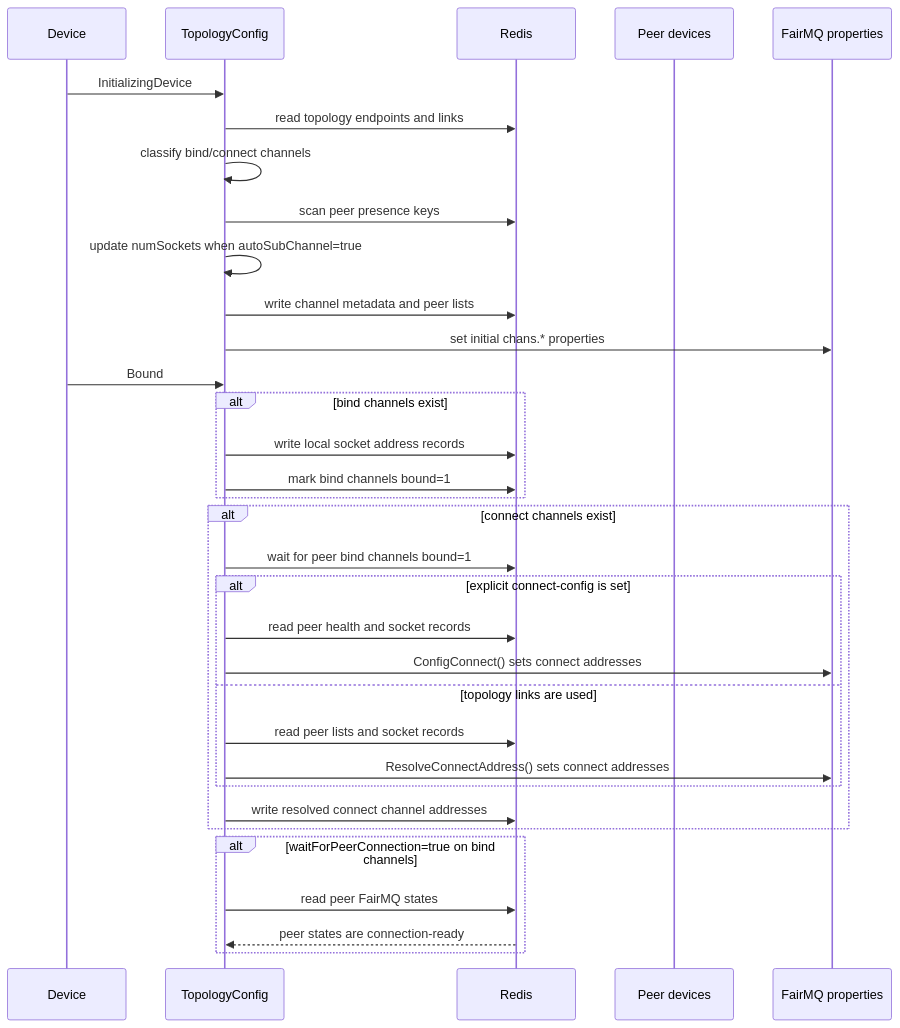
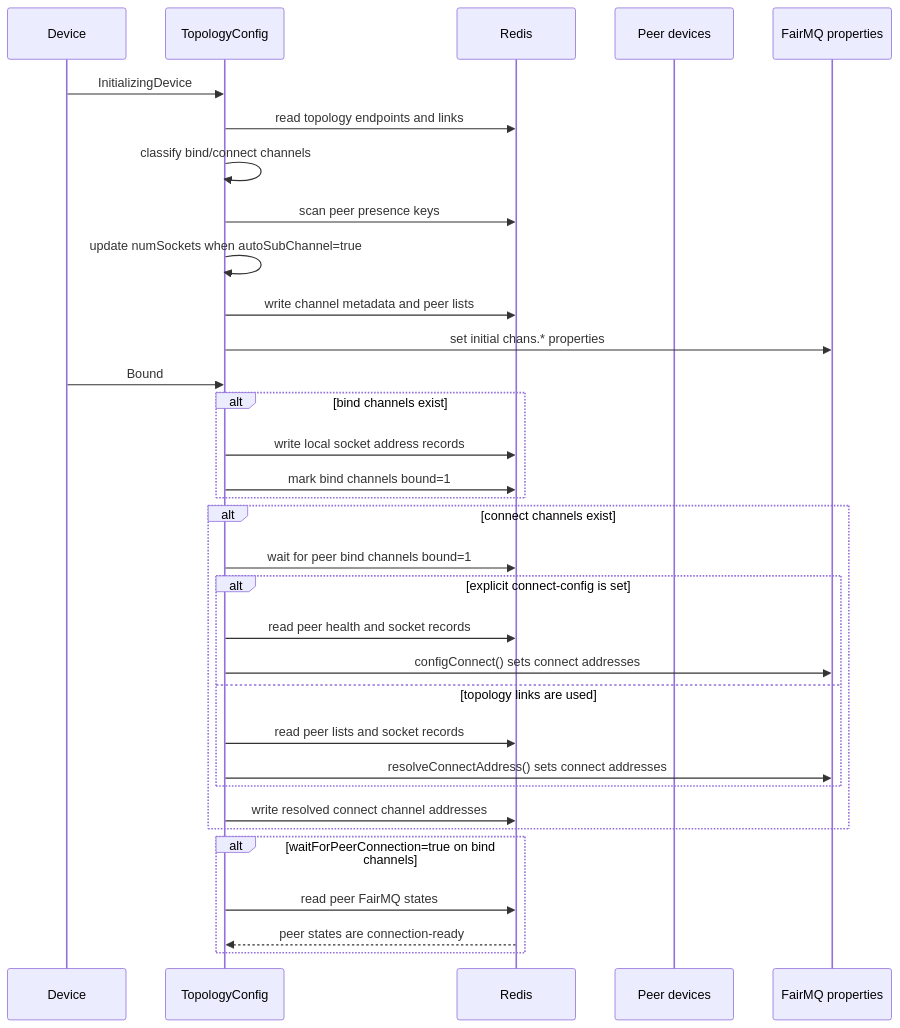
The second of 3 diagrams in plugins/README.md (tntakahashi/nestdaq), drawn with Mermaid before and after one commit. The commit also changed 8 other files, not shown here.

````diff
--- a/plugins/README.md
+++ b/plugins/README.md
@@ -315,37 +315,37 @@
 ```mermaid
 sequenceDiagram
     participant Device
     participant TopologyConfig
     participant Redis
     participant PeerDevices as Peer devices
     participant FairMQProperties as FairMQ properties
 
     Device->>TopologyConfig: InitializingDevice
     TopologyConfig->>Redis: read topology endpoints and links
     TopologyConfig->>TopologyConfig: classify bind/connect channels
     TopologyConfig->>Redis: scan peer presence keys
     TopologyConfig->>TopologyConfig: update numSockets when autoSubChannel=true
     TopologyConfig->>Redis: write channel metadata and peer lists
     TopologyConfig->>FairMQProperties: set initial chans.* properties
 
     Device->>TopologyConfig: Bound
     alt bind channels exist
         TopologyConfig->>Redis: write local socket address records
         TopologyConfig->>Redis: mark bind channels bound=1
     end
     alt connect channels exist
         TopologyConfig->>Redis: wait for peer bind channels bound=1
         alt explicit connect-config is set
             TopologyConfig->>Redis: read peer health and socket records
-            TopologyConfig->>FairMQProperties: ConfigConnect() sets connect addresses
+            TopologyConfig->>FairMQProperties: configConnect() sets connect addresses
         else topology links are used
             TopologyConfig->>Redis: read peer lists and socket records
-            TopologyConfig->>FairMQProperties: ResolveConnectAddress() sets connect addresses
+            TopologyConfig->>FairMQProperties: resolveConnectAddress() sets connect addresses
         end
         TopologyConfig->>Redis: write resolved connect channel addresses
     end
     alt waitForPeerConnection=true on bind channels
         TopologyConfig->>Redis: read peer FairMQ states
         Redis-->>TopologyConfig: peer states are connection-ready
     end
 ```
````
